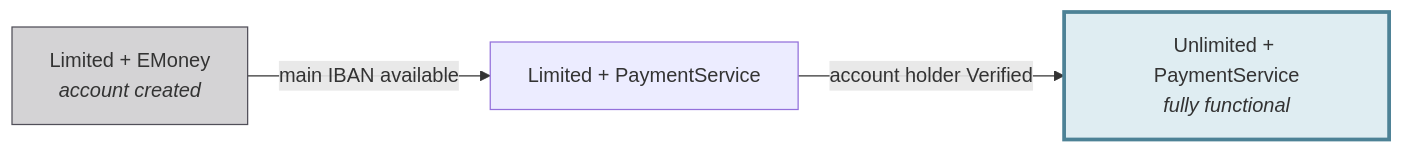
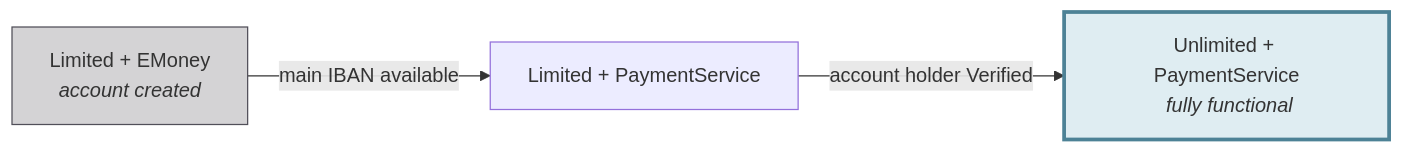
The diagram in docs/accounts/concepts/account/type-and-level.mdx (swan-io/docs), drawn with Mermaid before and after one commit. The commit also changed other lines of this file and 4 other files, not shown here.

````diff
--- a/docs/accounts/concepts/account/type-and-level.mdx
+++ b/docs/accounts/concepts/account/type-and-level.mdx
@@ -27,7 +28,7 @@
 ```mermaid
 flowchart LR
     A["Limited + EMoney<br/><em>account created</em>"] -->|main IBAN available| B["Limited + PaymentService"]
-    B -->|account holder Verified| C["Unlimited + PaymentService<br/><em>fully functional</em>"]
+    B -->|account holder Verified| C["Unlimited + PaymentService<br/> <em>fully functional</em>"]
     style A fill:#D4D3D5,stroke:#514F59
     style C fill:#dfedf2,stroke:#4d8296,stroke-width:3px
 ```
````
